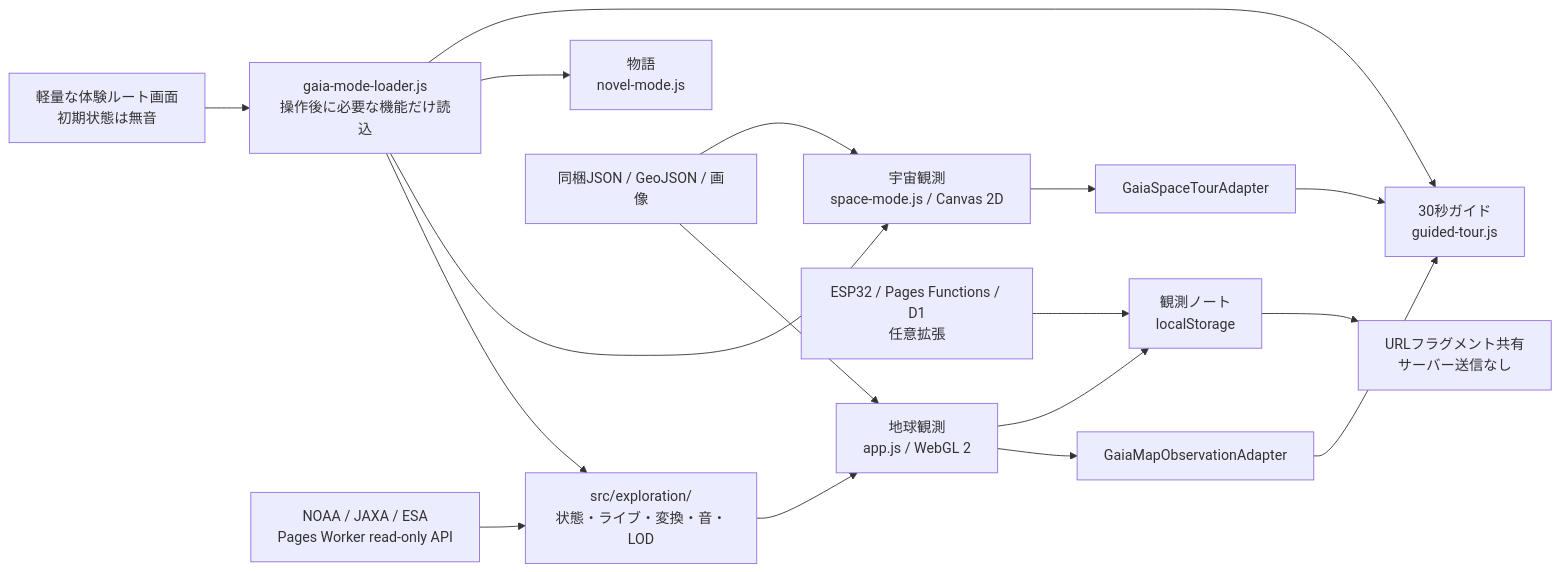
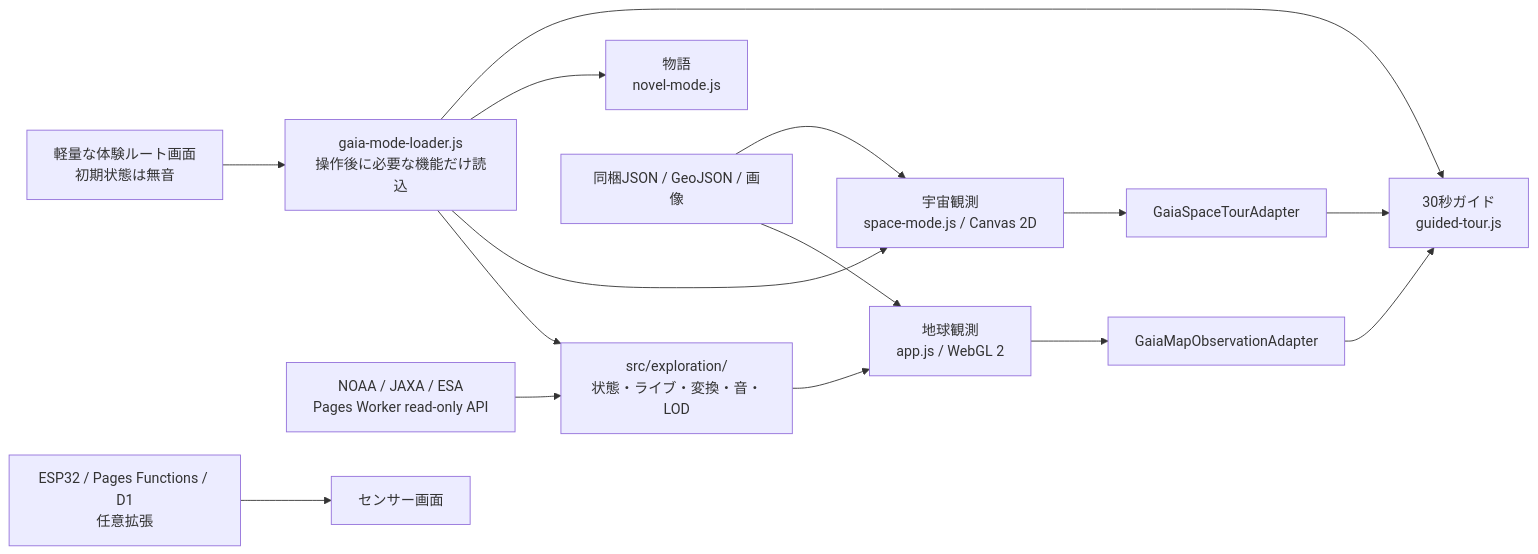
One commit to hinahina-vr/gaia-senseware changed the diagram in docs/ARCHITECTURE.md. Above: the diagram before and after it, drawn with Mermaid. The commit also changed other lines of this file and 79 other files, not shown here.

````diff
--- a/docs/ARCHITECTURE.md
+++ b/docs/ARCHITECTURE.md
@@ -7,19 +7,17 @@
 ```mermaid
 flowchart LR
   Entry["軽量な体験ルート画面<br/>初期状態は無音"] --> Loader["gaia-mode-loader.js<br/>操作後に必要な機能だけ読込"]
   Loader --> Explore["src/exploration/<br/>状態・ライブ・変換・音・LOD"]
   Explore --> Map["地球観測<br/>app.js / WebGL 2"]
   Loader --> Space["宇宙観測<br/>space-mode.js / Canvas 2D"]
   Loader --> Story["物語<br/>novel-mode.js"]
   Loader --> Tour["30秒ガイド<br/>guided-tour.js"]
   Map --> MapAdapter[GaiaMapObservationAdapter]
   Space --> SpaceAdapter[GaiaSpaceTourAdapter]
   MapAdapter --> Tour
   SpaceAdapter --> Tour
   Snapshot[同梱JSON / GeoJSON / 画像] --> Map
   Snapshot --> Space
   Live["NOAA / JAXA / ESA<br/>Pages Worker read-only API"] --> Explore
-  Map --> Notebook["観測ノート<br/>localStorage"]
-  Sensor["ESP32 / Pages Functions / D1<br/>任意拡張"] --> Notebook
-  Notebook --> Share["URLフラグメント共有<br/>サーバー送信なし"]
+  Sensor["ESP32 / Pages Functions / D1<br/>任意拡張"] --> SensorUI["センサー画面"]
 ```
````
